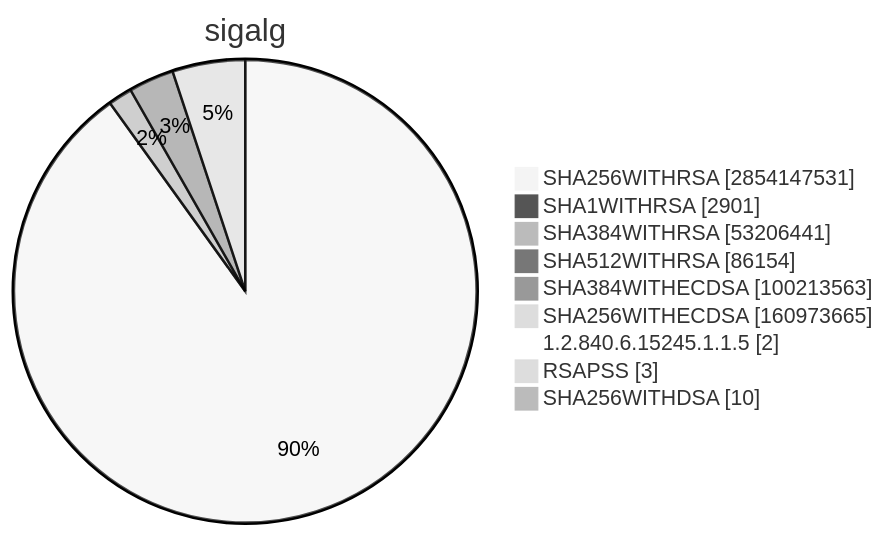
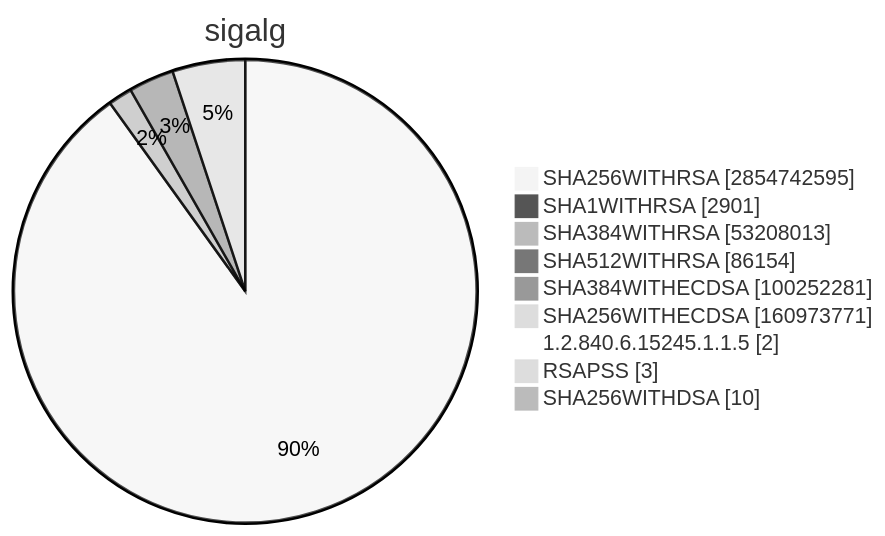
Before and after one commit to christiankrug/ctmonitor_visualization: diagram 15 of 15 in TOTAL/README.md, drawn with Mermaid (neutral theme). The commit also changed other lines of this file, not shown here.

````diff
--- a/TOTAL/README.md
+++ b/TOTAL/README.md
@@ -6207,13 +6207,13 @@
 ```mermaid
 pie showData
 title sigalg
-"SHA256WITHRSA" :2854147531
+"SHA256WITHRSA" :2854742595
 "SHA1WITHRSA" :2901
-"SHA384WITHRSA" :53206441
+"SHA384WITHRSA" :53208013
 "SHA512WITHRSA" :86154
-"SHA384WITHECDSA" :100213563
-"SHA256WITHECDSA" :160973665
+"SHA384WITHECDSA" :100252281
+"SHA256WITHECDSA" :160973771
 "1.2.840.6.15245.1.1.5" :2
 "RSAPSS" :3
 "SHA256WITHDSA" :10
 ```
````
